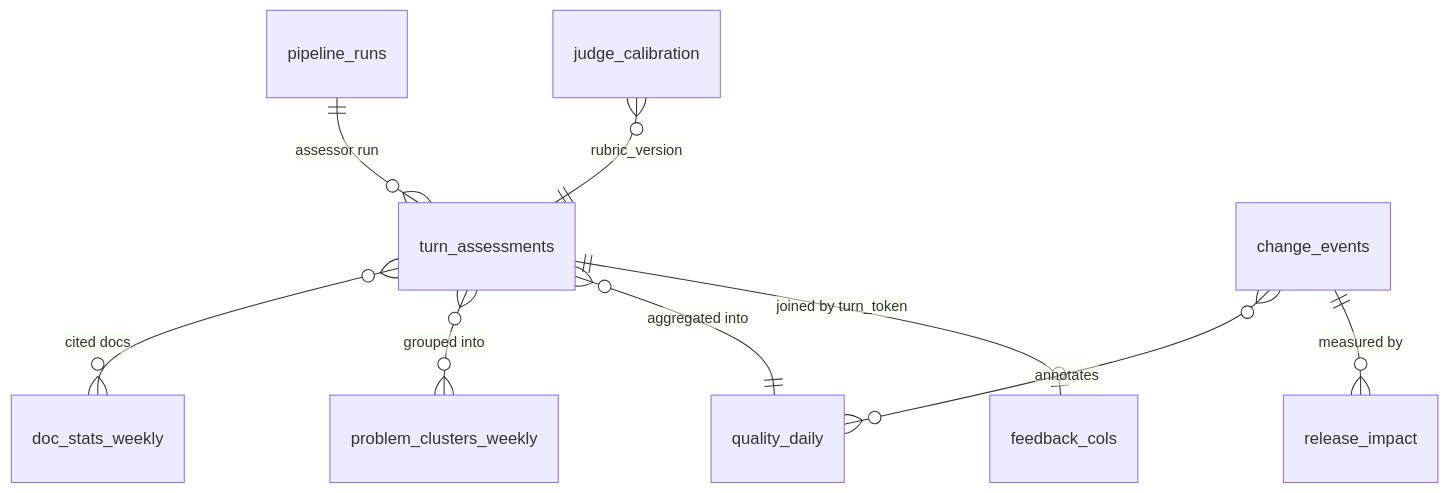
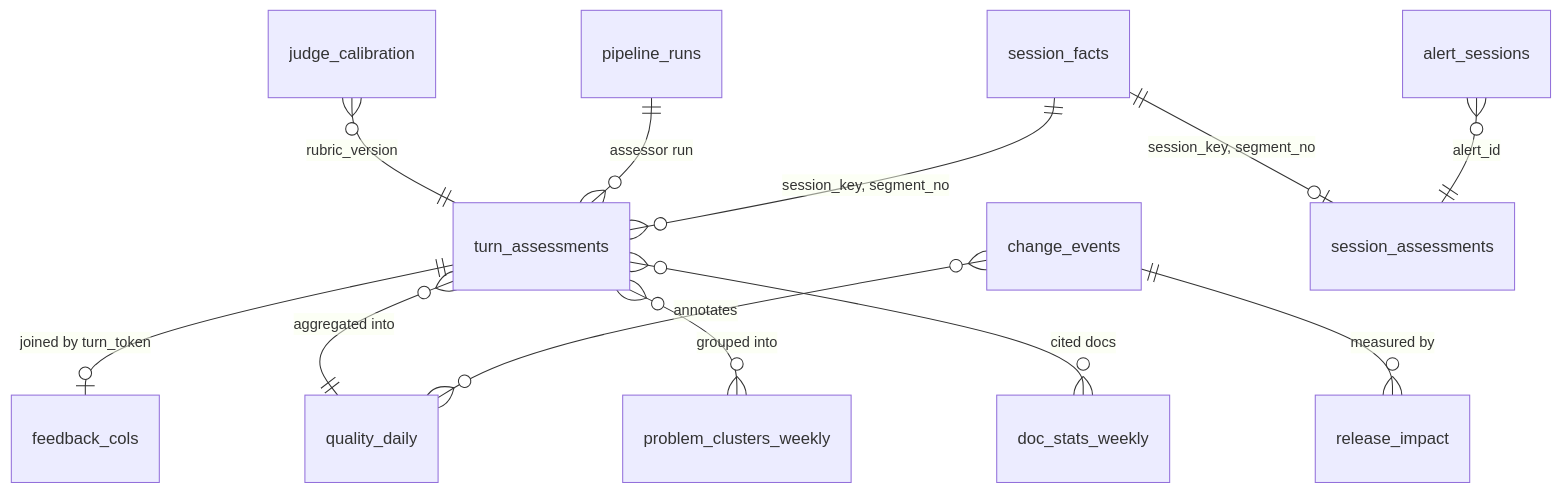
One commit to pborkowski-rtbh/conversation-analyzer changed the eighth of 8 diagrams in design.md. Above: the diagram before and after it, drawn with Mermaid. The commit also changed other lines of this file and 6 other files, not shown here.

````diff
--- a/design.md
+++ b/design.md
@@ -561,11 +581,14 @@
 ```mermaid
 erDiagram
     turn_assessments ||--o| feedback_cols : "joined by turn_token"
     turn_assessments }o--|| quality_daily : "aggregated into"
     turn_assessments }o--o{ problem_clusters_weekly : "grouped into"
     turn_assessments }o--o{ doc_stats_weekly : "cited docs"
     change_events ||--o{ release_impact : "measured by"
     change_events }o--o{ quality_daily : "annotates"
     judge_calibration }o--|| turn_assessments : "rubric_version"
     pipeline_runs ||--o{ turn_assessments : "assessor run"
+    session_facts ||--o{ turn_assessments : "session_key, segment_no"
+    session_facts ||--o| session_assessments : "session_key, segment_no"
+    alert_sessions }o--|| session_assessments : "alert_id"
 ```
````
